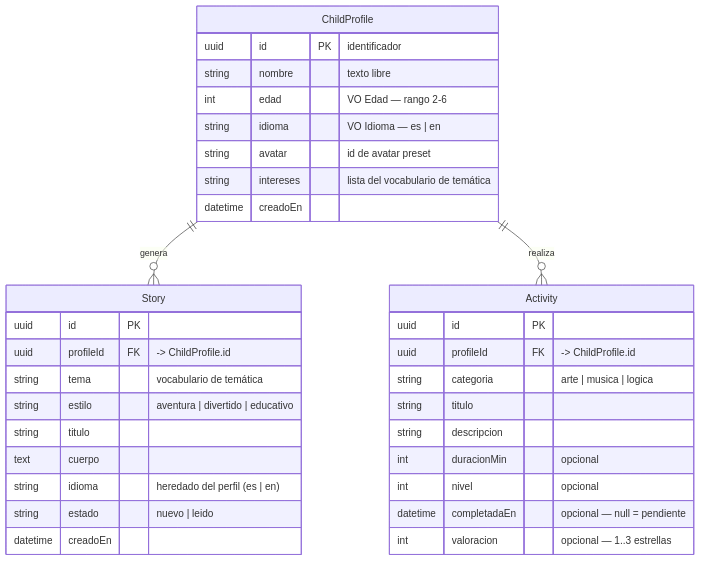
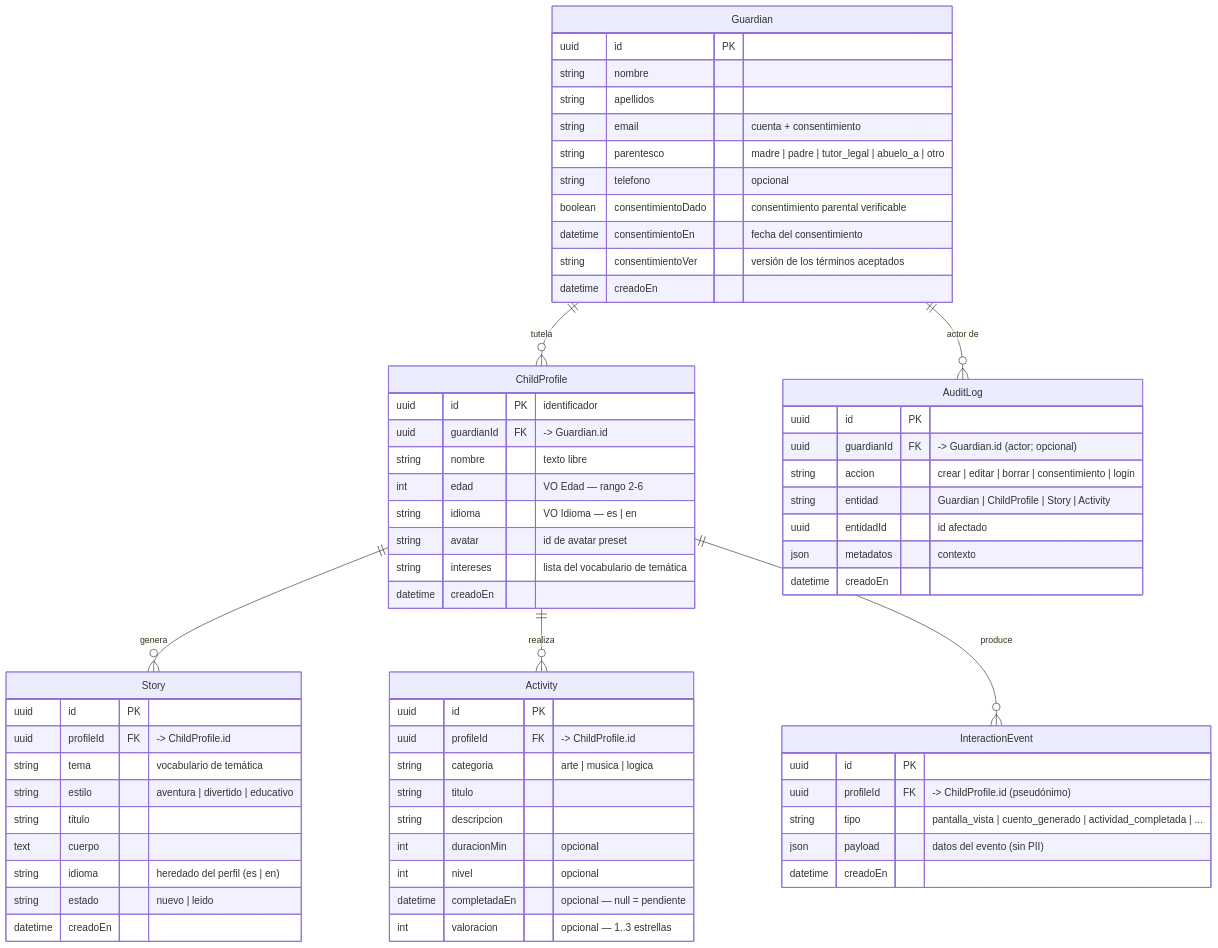
The diagram in Docs/modelo-datos.md (Mithor86-2/magyblobapp), drawn with Mermaid before and after one commit. The commit also changed other lines of this file and 4 other files, not shown here.

First line of the commit message:
docs: añade tutela del adulto, logs/tracking y cumplimiento de menores

````diff
--- a/Docs/modelo-datos.md
+++ b/Docs/modelo-datos.md
@@ -9,39 +14,74 @@
 ```mermaid
 erDiagram
+    Guardian     ||--o{ ChildProfile : "tutela"
     ChildProfile ||--o{ Story : "genera"
     ChildProfile ||--o{ Activity : "realiza"
+    ChildProfile ||--o{ InteractionEvent : "produce"
+    Guardian     ||--o{ AuditLog : "actor de"
+
+    Guardian {
+        uuid     id                  PK
+        string   nombre
+        string   apellidos
+        string   email               "cuenta + consentimiento"
+        string   parentesco          "madre | padre | tutor_legal | abuelo_a | otro"
+        string   telefono            "opcional"
+        boolean  consentimientoDado  "consentimiento parental verificable"
+        datetime consentimientoEn    "fecha del consentimiento"
+        string   consentimientoVer   "versión de los términos aceptados"
+        datetime creadoEn
+    }
 
     ChildProfile {
         uuid     id            PK "identificador"
+        uuid     guardianId    FK "-> Guardian.id"
         string   nombre        "texto libre"
         int      edad          "VO Edad — rango 2-6"
         string   idioma        "VO Idioma — es | en"
         string   avatar        "id de avatar preset"
         string   intereses     "lista del vocabulario de temática"
         datetime creadoEn
     }
 
     Story {
         uuid     id        PK
         uuid     profileId FK "-> ChildProfile.id"
         string   tema      "vocabulario de temática"
         string   estilo    "aventura | divertido | educativo"
         string   titulo
         text     cuerpo
         string   idioma    "heredado del perfil (es | en)"
         string   estado    "nuevo | leido"
         datetime creadoEn
     }
 
     Activity {
         uuid     id          PK
         uuid     profileId   FK "-> ChildProfile.id"
         string   categoria   "arte | musica | logica"
         string   titulo
         string   descripcion
         int      duracionMin "opcional"
         int      nivel       "opcional"
         datetime completadaEn "opcional — null = pendiente"
         int      valoracion  "opcional — 1..3 estrellas"
     }
+
+    InteractionEvent {
+        uuid     id        PK
+        uuid     profileId FK "-> ChildProfile.id (pseudónimo)"
+        string   tipo      "pantalla_vista | cuento_generado | actividad_completada | ..."
+        json     payload   "datos del evento (sin PII)"
+        datetime creadoEn
+    }
+
+    AuditLog {
+        uuid     id         PK
+        uuid     guardianId FK "-> Guardian.id (actor; opcional)"
+        string   accion     "crear | editar | borrar | consentimiento | login"
+        string   entidad    "Guardian | ChildProfile | Story | Activity"
+        uuid     entidadId  "id afectado"
+        json     metadatos  "contexto"
+        datetime creadoEn
+    }
 ```
````
